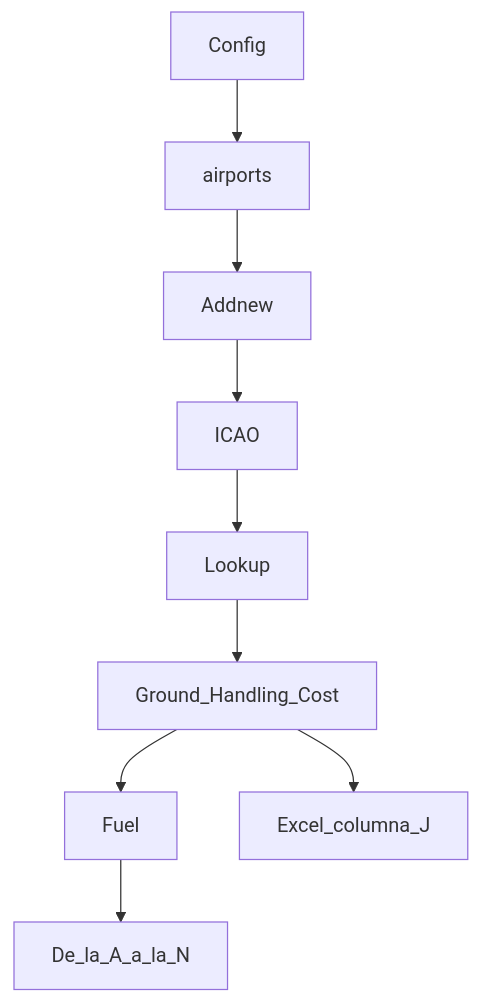
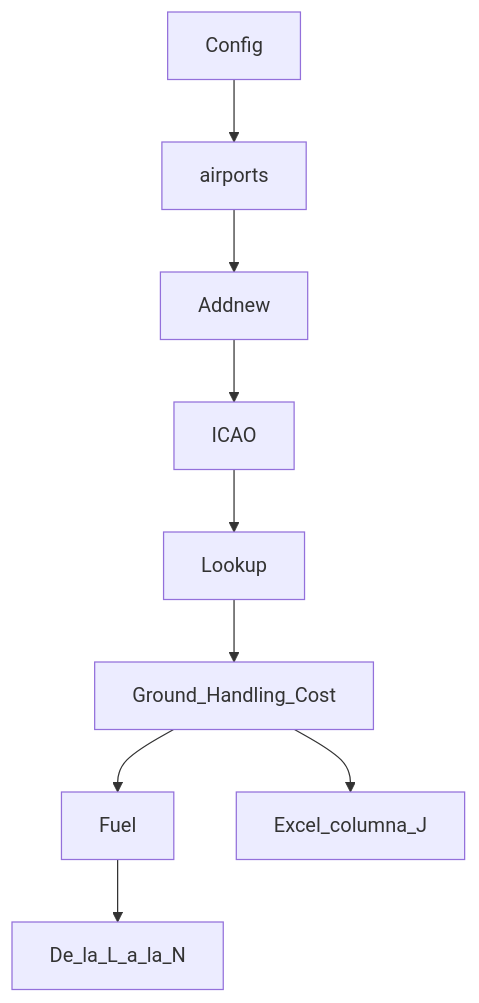
One commit to avs-code/Spark_surveillance_robot changed the diagram in flowdiagram.md. Above: the diagram before and after it, drawn with Mermaid.

````diff
--- a/flowdiagram.md
+++ b/flowdiagram.md
@@ -1,10 +1,10 @@
 ```mermaid
 graph TD;
 Config-->airports;
 airports-->Addnew;
 Addnew-->ICAO;
 ICAO-->Lookup;
 Lookup-->Ground_Handling_Cost-->Fuel;
 Ground_Handling_Cost-->Excel_columna_J;
-Fuel-->De_la_A_a_la_N;
+Fuel-->De_la_L_a_la_N;
 ```
````
